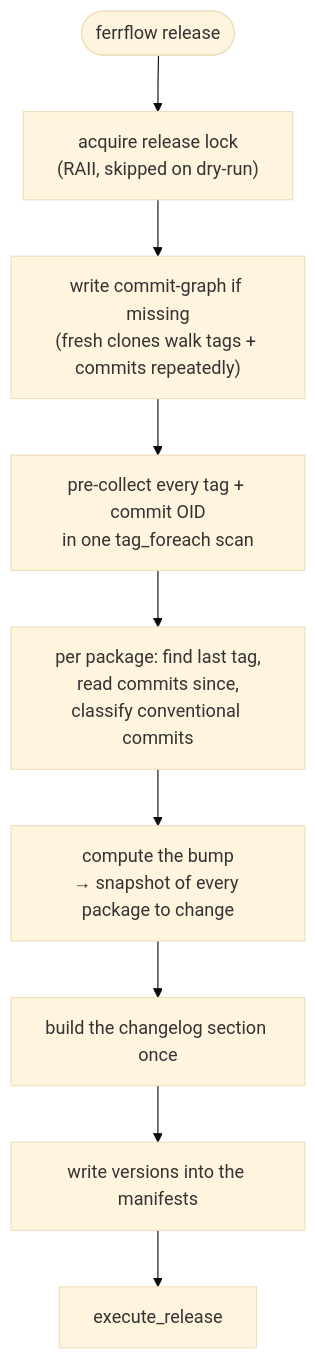
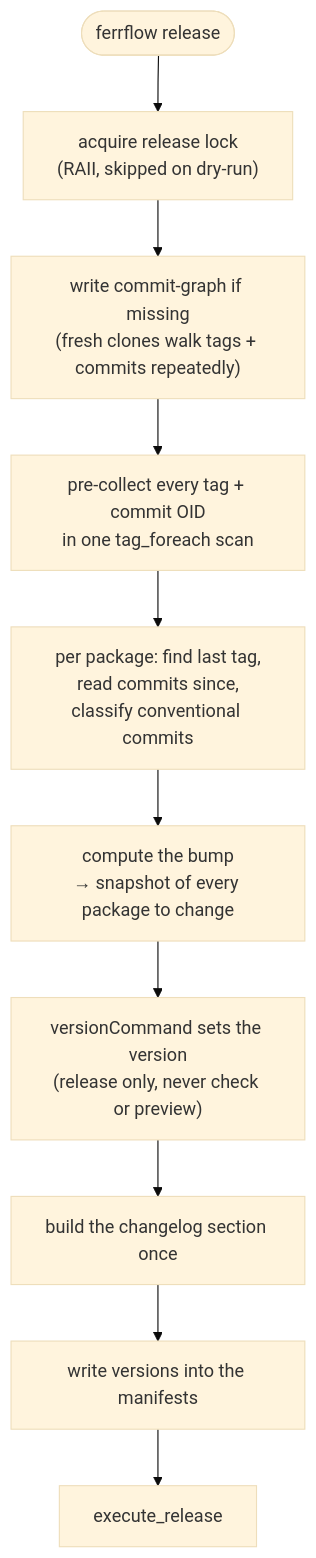
One commit to FerrLabs/FerrFlow changed the first of 4 diagrams in docs/diagrams/release-algorithm.md. Above: the diagram before and after it, drawn with Mermaid (base theme). The commit also changed other lines of this file and 37 other files, not shown here.

Commit message:
feat(versioning): add versionCommand, a command that decides the release version (#1331)

````diff
--- a/docs/diagrams/release-algorithm.md
+++ b/docs/diagrams/release-algorithm.md
@@ -9,11 +9,12 @@
 ```mermaid
 flowchart TB
     START(["ferrflow release"]) --> LOCK["acquire release lock<br/>(RAII, skipped on dry-run)"]
     LOCK --> GRAPH["write commit-graph if missing<br/>(fresh clones walk tags + commits repeatedly)"]
     GRAPH --> TAGS["pre-collect every tag + commit OID<br/>in one tag_foreach scan"]
     TAGS --> ANALYSE["per package: find last tag,<br/>read commits since,<br/>classify conventional commits"]
     ANALYSE --> PLAN["compute the bump<br/>→ snapshot of every package to change"]
-    PLAN --> CL["build the changelog section once"]
+    PLAN --> VC["versionCommand sets the version<br/>(release only, never check or preview)"]
+    VC --> CL["build the changelog section once"]
     CL --> WRITE["write versions into the manifests"]
     WRITE --> EXEC["execute_release"]
 ```
````
